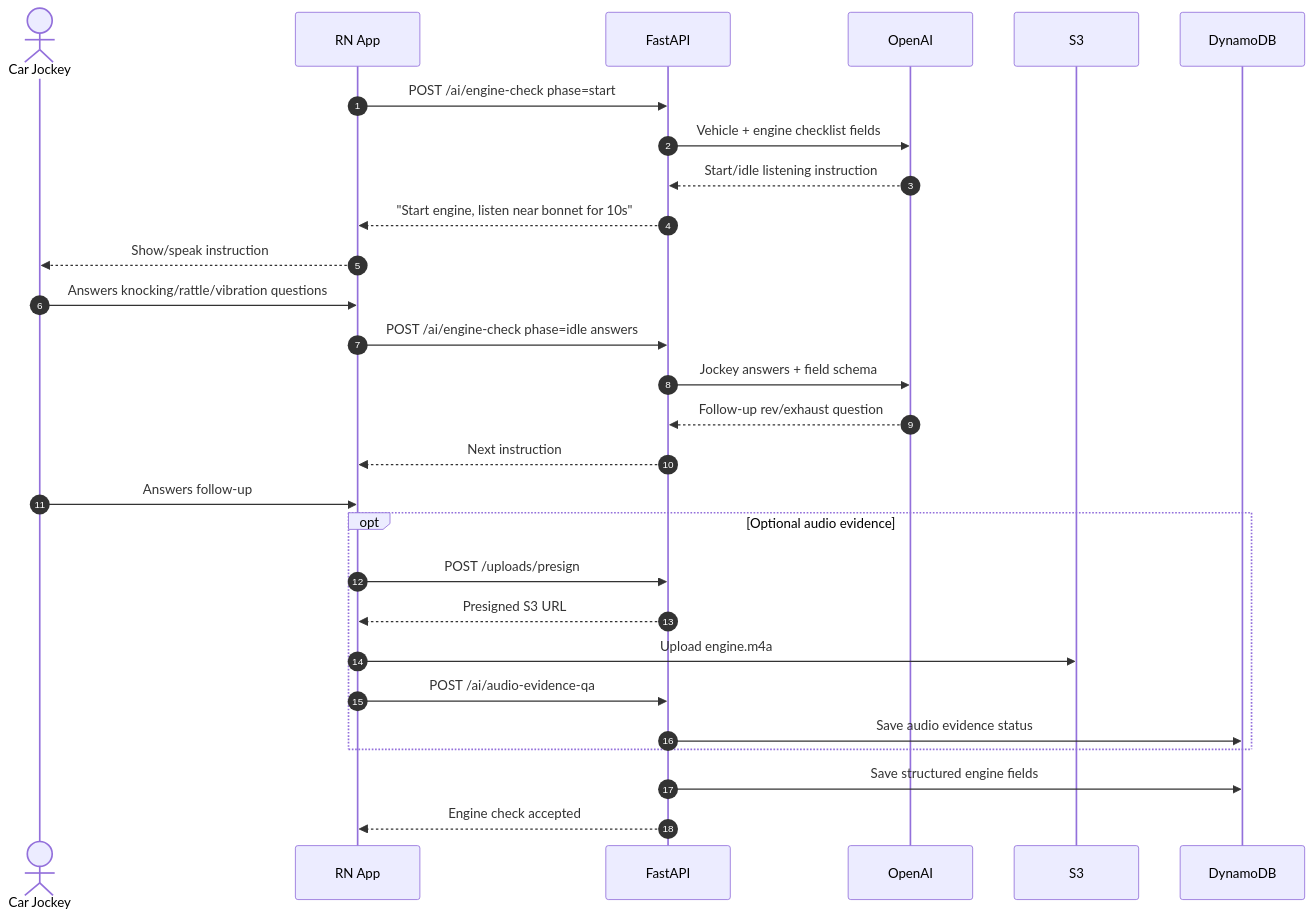
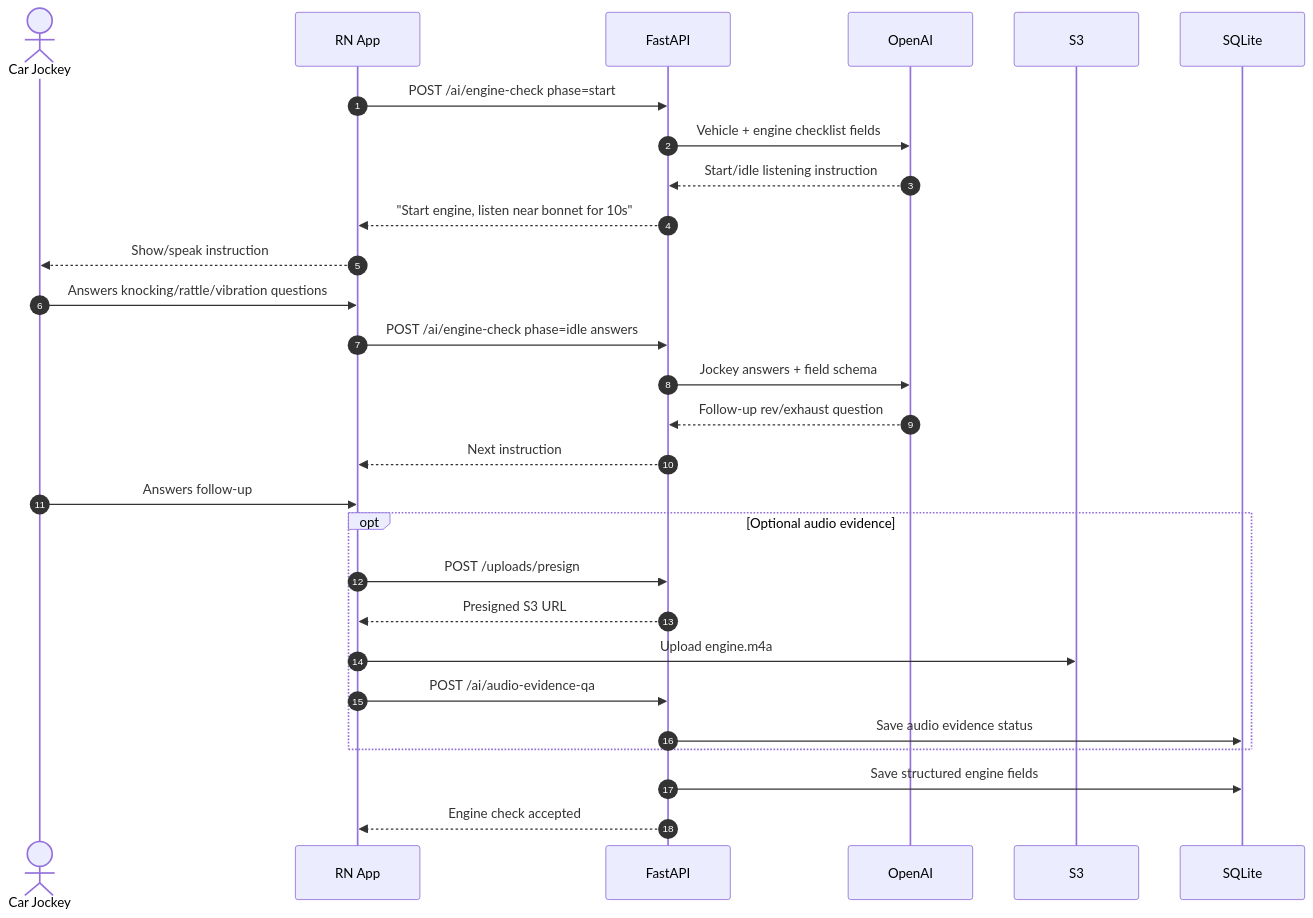
One commit to adityabhattad2021/Inspection-Copilot changed the eighth of 20 diagrams in ARCHITECTURE.md. Above: the diagram before and after it, drawn with Mermaid. The commit also changed other lines of this file and 29 other files, not shown here.

````diff
--- a/ARCHITECTURE.md
+++ b/ARCHITECTURE.md
@@ -328,31 +328,31 @@
 ```mermaid
 sequenceDiagram
   autonumber
   actor J as Car Jockey
   participant App as RN App
   participant API as FastAPI
   participant AI as OpenAI
   participant S3 as S3
-  participant DDB as DynamoDB
+  participant DDB as SQLite
 
   App->>API: POST /ai/engine-check phase=start
   API->>AI: Vehicle + engine checklist fields
   AI-->>API: Start/idle listening instruction
   API-->>App: "Start engine, listen near bonnet for 10s"
   App-->>J: Show/speak instruction
   J->>App: Answers knocking/rattle/vibration questions
   App->>API: POST /ai/engine-check phase=idle answers
   API->>AI: Jockey answers + field schema
   AI-->>API: Follow-up rev/exhaust question
   API-->>App: Next instruction
   J->>App: Answers follow-up
   opt Optional audio evidence
     App->>API: POST /uploads/presign
     API-->>App: Presigned S3 URL
     App->>S3: Upload engine.m4a
     App->>API: POST /ai/audio-evidence-qa
     API->>DDB: Save audio evidence status
   end
   API->>DDB: Save structured engine fields
   API-->>App: Engine check accepted
 ```
````
